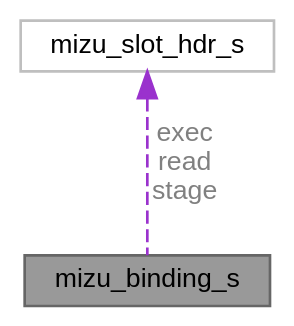
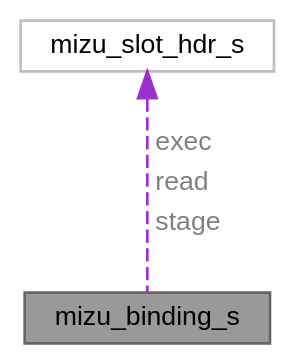
The diagram in structmizu__binding__s__coll__graph.dot (shikokuchuo/libmizu), drawn with Graphviz before and after one commit. The commit also changed 176 other files, not shown here.

```diff
--- a/structmizu__binding__s__coll__graph.dot
+++ b/structmizu__binding__s__coll__graph.dot
@@ -1,10 +1,13 @@
 digraph "mizu_binding_s"
 {
  // LATEX_PDF_SIZE
   bgcolor="transparent";
   edge [fontname=Helvetica,fontsize=10,labelfontname=Helvetica,labelfontsize=10];
   node [fontname=Helvetica,fontsize=10,shape=box,height=0.2,width=0.4];
   Node1 [id="Node000001",label="mizu_binding_s",height=0.2,width=0.4,color="gray40", fillcolor="grey60", style="filled", fontcolor="black",tooltip=" "];
-  Node2 -> Node1 [id="edge1_Node000001_Node000002",dir="back",color="darkorchid3",style="dashed",tooltip=" ",label=" exec\nread\nstage",fontcolor="grey" ];
+  Node2 -> Node1 [id="edge1_Node000001_Node000002",dir="back",color="darkorchid3",style="dashed",tooltip=" ",label=<<TABLE CELLBORDER="0" BORDER="0"><TR><TD VALIGN="top" ALIGN="LEFT" CELLPADDING="1" CELLSPACING="0">exec</TD></TR>
+<TR><TD VALIGN="top" ALIGN="LEFT" CELLPADDING="1" CELLSPACING="0">read</TD></TR>
+<TR><TD VALIGN="top" ALIGN="LEFT" CELLPADDING="1" CELLSPACING="0">stage</TD></TR>
+</TABLE>> ,fontcolor="grey" ];
   Node2 [id="Node000002",label="mizu_slot_hdr_s",height=0.2,width=0.4,color="grey75", fillcolor="white", style="filled",URL="$structmizu__slot__hdr__s.html",tooltip=" "];
 }
```
